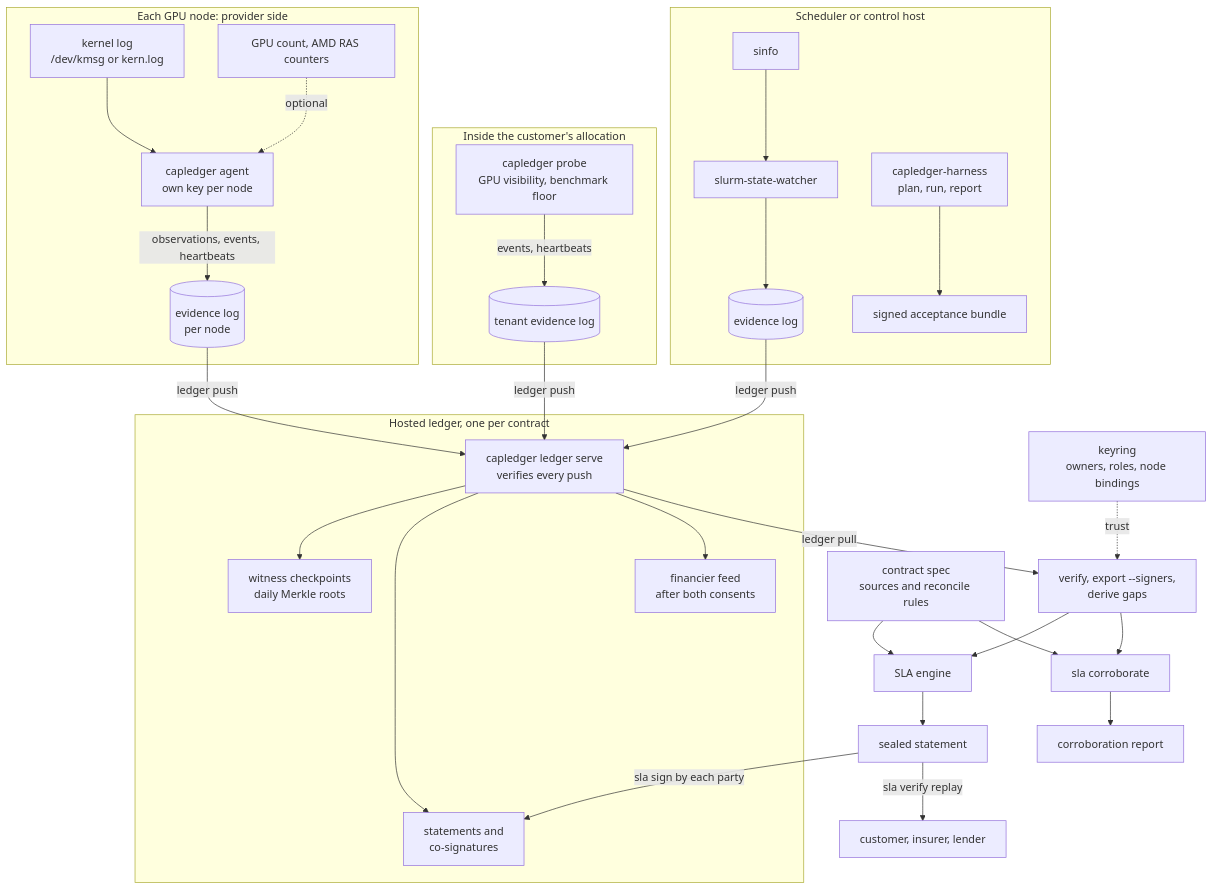
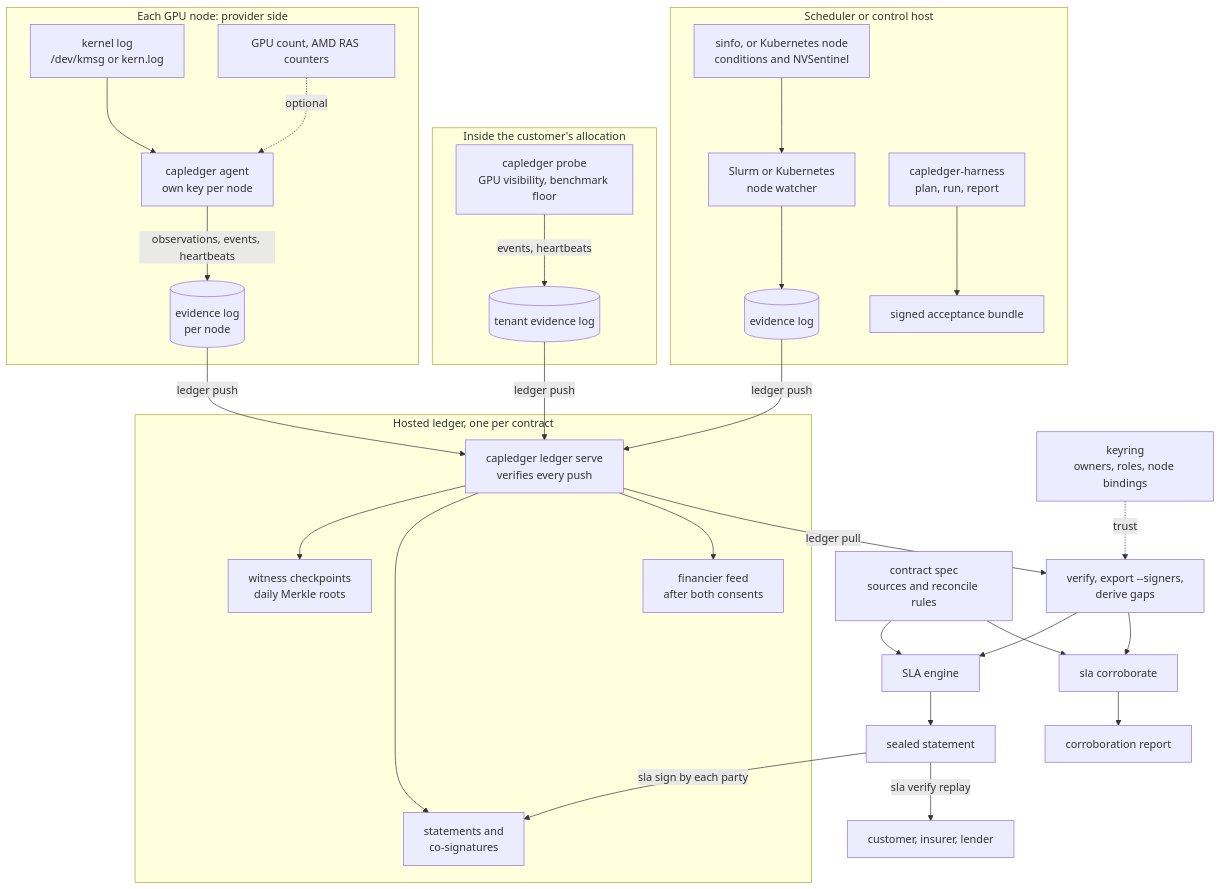
One commit to Sievehouse/gpu-sentinel changed the diagram in docs/architecture.md. Above: the diagram before and after it, drawn with Mermaid. The commit also changed other lines of this file, not shown here.

First line of the commit message:
Update docs/architecture.md: docs for 0.4

````diff
--- a/docs/architecture.md
+++ b/docs/architecture.md
@@ -5,32 +5,32 @@
 ```mermaid
 flowchart TB
   subgraph node[Each GPU node: provider side]
     K[kernel log<br/>/dev/kmsg or kern.log] --> AG[capledger agent<br/>own key per node]
     SMI[GPU count, AMD RAS counters] -.optional.-> AG
     AG -->|observations, events, heartbeats| LOG1[(evidence log<br/>per node)]
   end
   subgraph tenant[Inside the customer's allocation]
     PR[capledger probe<br/>GPU visibility, benchmark floor] -->|events, heartbeats| LOG4[(tenant evidence log)]
   end
   subgraph ctl[Scheduler or control host]
-    SL[sinfo] --> WA[slurm-state-watcher]
+    SL[sinfo, or Kubernetes node<br/>conditions and NVSentinel] --> WA[Slurm or Kubernetes<br/>node watcher]
     WA --> LOG2[(evidence log)]
     HA[capledger-harness<br/>plan, run, report] --> BU[signed acceptance bundle]
   end
   subgraph ledger[Hosted ledger, one per contract]
     LS[capledger ledger serve<br/>verifies every push] --> CP[witness checkpoints<br/>daily Merkle roots]
     LS --> SS[statements and<br/>co-signatures]
     LS --> FD[financier feed<br/>after both consents]
   end
   LOG1 & LOG2 & LOG4 -->|ledger push| LS
   KR[keyring<br/>owners, roles, node bindings] -.trust.-> EX
   LS -->|ledger pull| EX[verify, export --signers,<br/>derive gaps]
   CS[contract spec<br/>sources and reconcile rules] --> EN[SLA engine]
   EX --> EN
   EN --> ST[sealed statement]
   ST -->|sla sign by each party| SS
   ST -->|sla verify replay| PARTY[customer, insurer, lender]
   EX --> CO[sla corroborate]
   CS --> CO
   CO --> CR[corroboration report]
 ```
````
